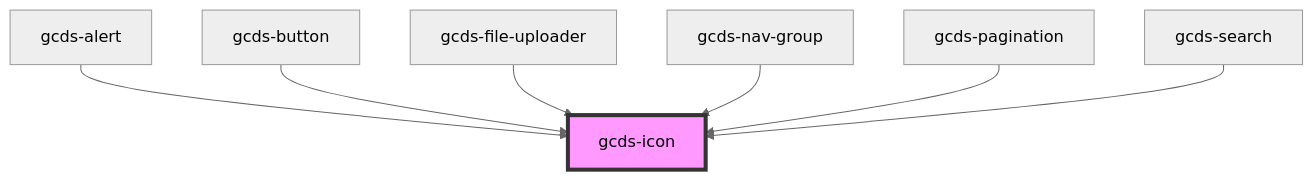
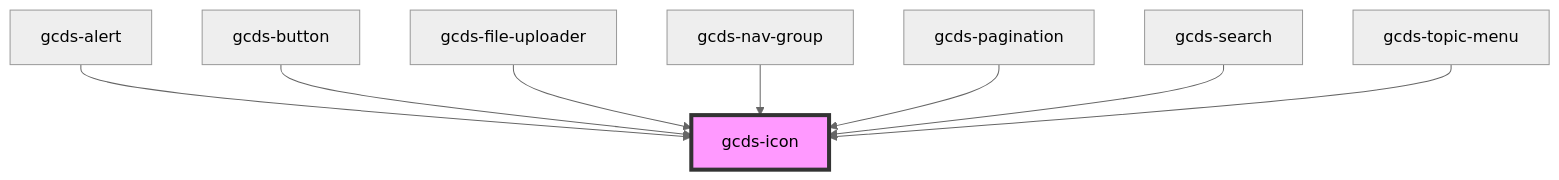
One commit to cds-snc/gcds-components changed the diagram in packages/web/src/components/gcds-icon/readme.md. Above: the diagram before and after it, drawn with Mermaid (neutral theme). The commit also changed other lines of this file and 10 other files, not shown here.

````diff
--- a/packages/web/src/components/gcds-icon/readme.md
+++ b/packages/web/src/components/gcds-icon/readme.md
@@ -33,10 +34,11 @@
 ```mermaid
 graph TD;
   gcds-alert --> gcds-icon
   gcds-button --> gcds-icon
   gcds-file-uploader --> gcds-icon
   gcds-nav-group --> gcds-icon
   gcds-pagination --> gcds-icon
   gcds-search --> gcds-icon
+  gcds-topic-menu --> gcds-icon
   style gcds-icon fill:#f9f,stroke:#333,stroke-width:4px
 ```
````
